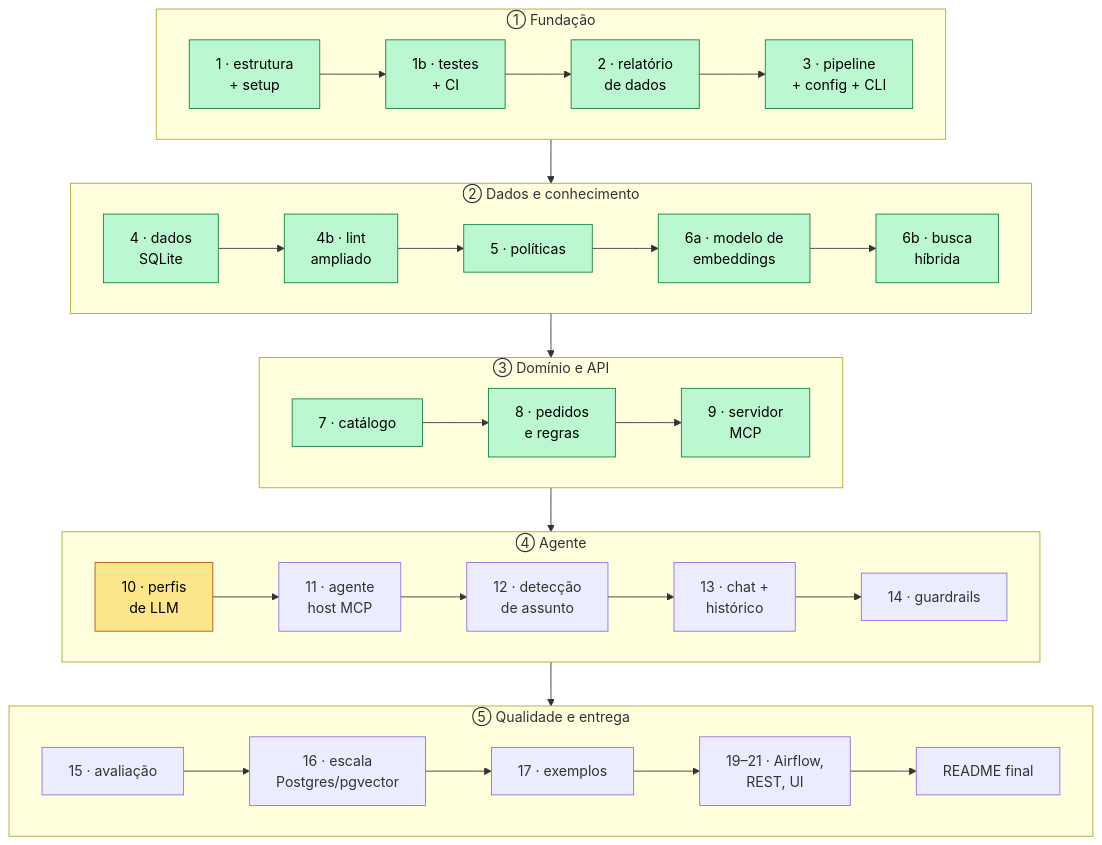
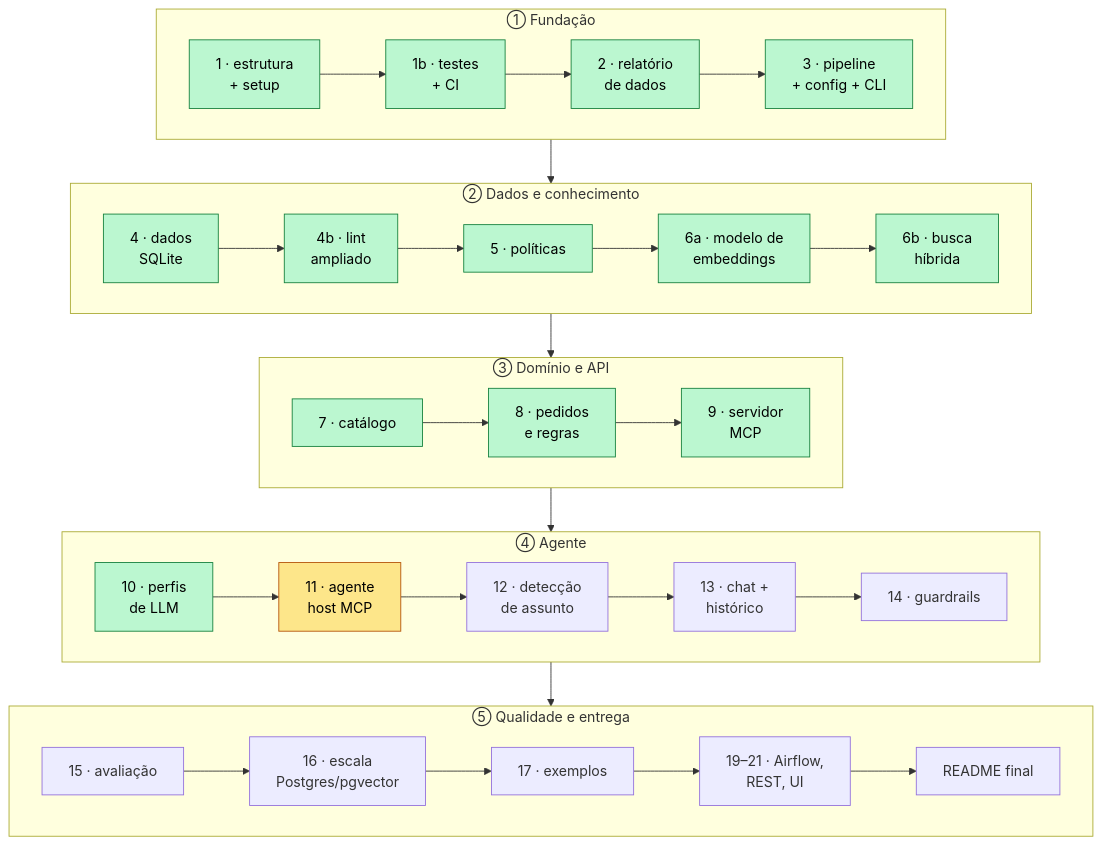
One commit to RonildoSilva/ai-engineer-challenge changed diagram 16 of 16 in README.md. Above: the diagram before and after it, drawn with Mermaid. The commit also changed other lines of this file and 10 other files, not shown here.

First line of the commit message:
feat(llm): cliente compatível com OpenAI com perfis offline/online e respostas normalizadas

````diff
--- a/README.md
+++ b/README.md
@@ -660,26 +685,26 @@
 ```mermaid
 flowchart TD
     subgraph F1["① Fundação"]
         direction LR
         C1["1 · estrutura<br/>+ setup"]:::done --> C1b["1b · testes<br/>+ CI"]:::done --> C2["2 · relatório<br/>de dados"]:::done --> C3["3 · pipeline<br/>+ config + CLI"]:::done
     end
     subgraph F2["② Dados e conhecimento"]
         direction LR
         C4["4 · dados<br/>SQLite"]:::done --> C4b["4b · lint<br/>ampliado"]:::done --> C5["5 · políticas"]:::done --> C6a["6a · modelo de<br/>embeddings"]:::done --> C6b["6b · busca<br/>híbrida"]:::done
     end
     subgraph F3["③ Domínio e API"]
         direction LR
         C7["7 · catálogo"]:::done --> C8["8 · pedidos<br/>e regras"]:::done --> C9["9 · servidor<br/>MCP"]:::done
     end
     subgraph F4["④ Agente"]
         direction LR
-        C10["10 · perfis<br/>de LLM"]:::next --> C11["11 · agente<br/>host MCP"] --> C12["12 · detecção<br/>de assunto"] --> C13["13 · chat +<br/>histórico"] --> C14["14 · guardrails"]
+        C10["10 · perfis<br/>de LLM"]:::done --> C11["11 · agente<br/>host MCP"]:::next --> C12["12 · detecção<br/>de assunto"] --> C13["13 · chat +<br/>histórico"] --> C14["14 · guardrails"]
     end
     subgraph F5["⑤ Qualidade e entrega"]
         direction LR
         C15["15 · avaliação"] --> C16["16 · escala<br/>Postgres/pgvector"] --> C17["17 · exemplos"] --> CX["19–21 · Airflow,<br/>REST, UI"] --> C18["README final"]
     end
     F1 --> F2 --> F3 --> F4 --> F5
     classDef next fill:#fde68a,stroke:#b45309,color:#000
     classDef done fill:#bbf7d0,stroke:#15803d,color:#000
 ```
````
